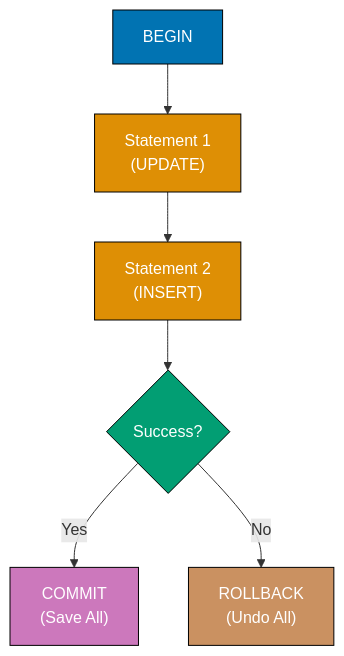
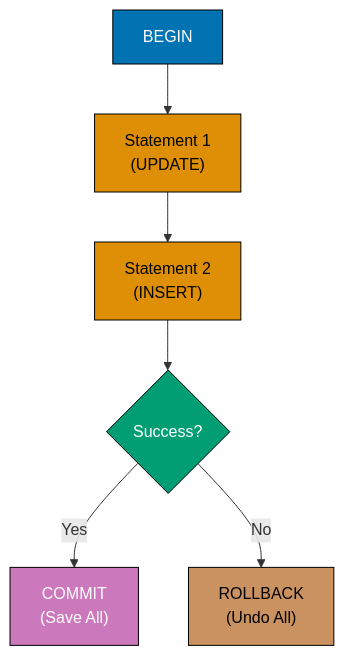
Before and after one commit to wahidyankf/open-sharia-enterprise: the eighth of 12 diagrams in apps/ayokoding-web/content/en/learn/software-engineering/data/databases/postgresql/by-example/intermediate.md, drawn with Mermaid. The commit also changed other lines of this file and 157 other files, not shown here.

````diff
--- a/apps/ayokoding-web/content/en/learn/software-engineering/data/databases/postgresql/by-example/intermediate.md
+++ b/apps/ayokoding-web/content/en/learn/software-engineering/data/databases/postgresql/by-example/intermediate.md
@@ -2113,23 +2121,23 @@
 ```mermaid
 %% Color Palette: Blue #0173B2, Orange #DE8F05, Teal #029E73, Purple #CC78BC, Brown #CA9161
 graph TD
     A["BEGIN"]
     B["Statement 1<br/>(UPDATE)"]
     C["Statement 2<br/>(INSERT)"]
     D{"Success?"}
     E["COMMIT<br/>(Save All)"]
     F["ROLLBACK<br/>(Undo All)"]
 
     A --> B
     B --> C
     C --> D
     D -->|Yes| E
     D -->|No| F
 
     style A fill:#0173B2,stroke:#000,color:#fff
-    style B fill:#DE8F05,stroke:#000,color:#fff
-    style C fill:#DE8F05,stroke:#000,color:#fff
+    style B fill:#DE8F05,stroke:#000,color:#000
+    style C fill:#DE8F05,stroke:#000,color:#000
     style D fill:#029E73,stroke:#000,color:#fff
     style E fill:#CC78BC,stroke:#000,color:#fff
-    style F fill:#CA9161,stroke:#000,color:#fff
+    style F fill:#CA9161,stroke:#000,color:#000
 ```
````
